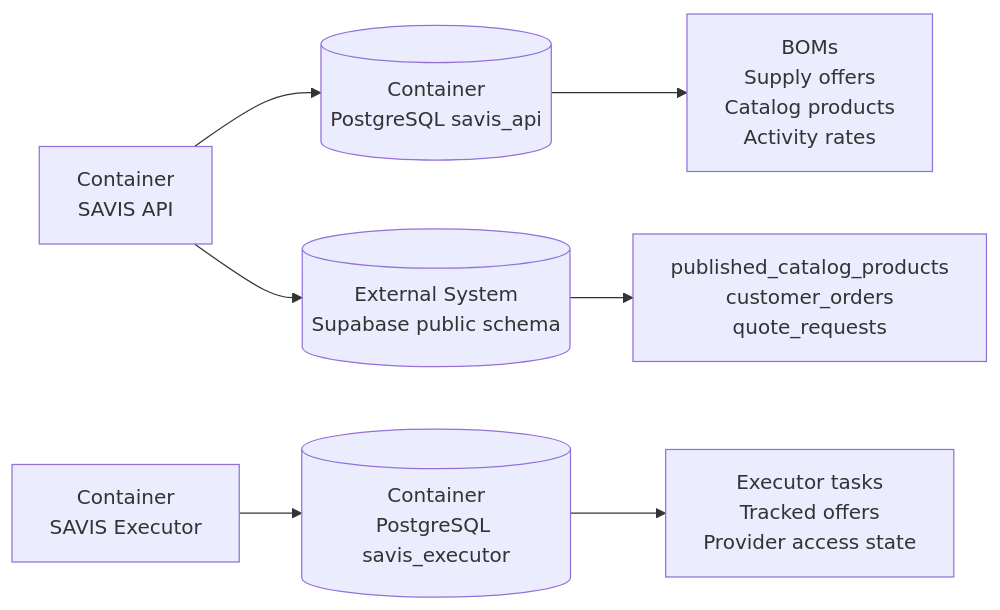
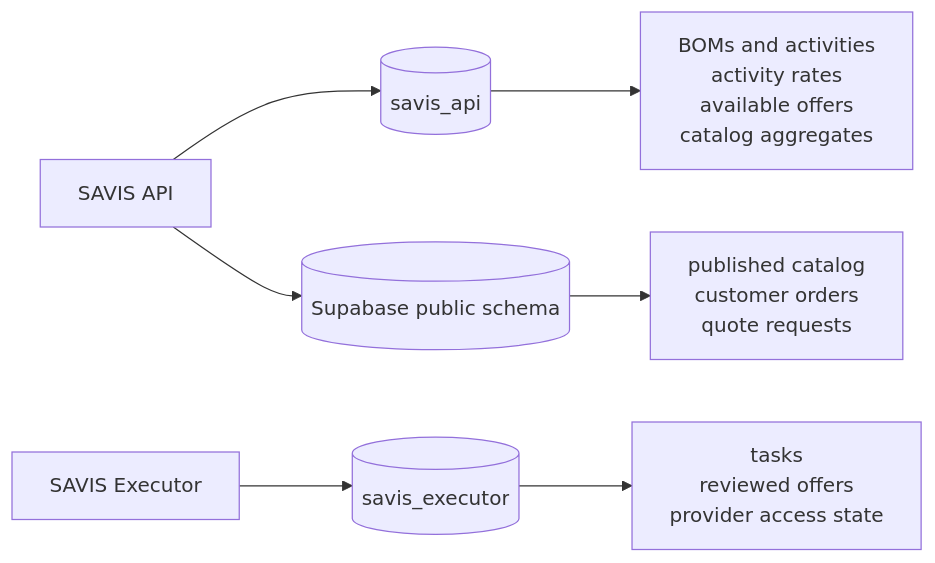
Diagram 16 of 17 in docs/ARCHITECTURE.md (wiljeanlouis/savis), drawn with Mermaid before and after one commit. The commit also changed other lines of this file and 4 other files, not shown here.

First line of the commit message:
docs: Enhance documentation across SAVIS components with navigation sections, clarify API behaviors, and update configuration details. (#7)

````diff
--- a/docs/ARCHITECTURE.md
+++ b/docs/ARCHITECTURE.md
@@ -545,10 +780,10 @@
 ```mermaid
 flowchart LR
-  Api["Container<br/>SAVIS API"] --> PgApi[("Container<br/>PostgreSQL savis_api")]
-  Executor["Container<br/>SAVIS Executor"] --> PgExecutor[("Container<br/>PostgreSQL savis_executor")]
-  Api --> Supabase[("External System<br/>Supabase public schema")]
+  Api["SAVIS API"] --> ApiSchema[("savis_api")]
+  Executor["SAVIS Executor"] --> ExecutorSchema[("savis_executor")]
+  Api --> PublicSchema[("Supabase public schema")]
 
-  PgApi --> ApiTables["BOMs<br/>Supply offers<br/>Catalog products<br/>Activity rates"]
-  PgExecutor --> ExecutorTables["Executor tasks<br/>Tracked offers<br/>Provider access state"]
-  Supabase --> PublicTables["published_catalog_products<br/>customer_orders<br/>quote_requests"]
+  ApiSchema --> ApiData["BOMs and activities<br/>activity rates<br/>available offers<br/>catalog aggregates"]
+  ExecutorSchema --> ExecutorData["tasks<br/>reviewed offers<br/>provider access state"]
+  PublicSchema --> PublicData["published catalog<br/>customer orders<br/>quote requests"]
 ```
````
